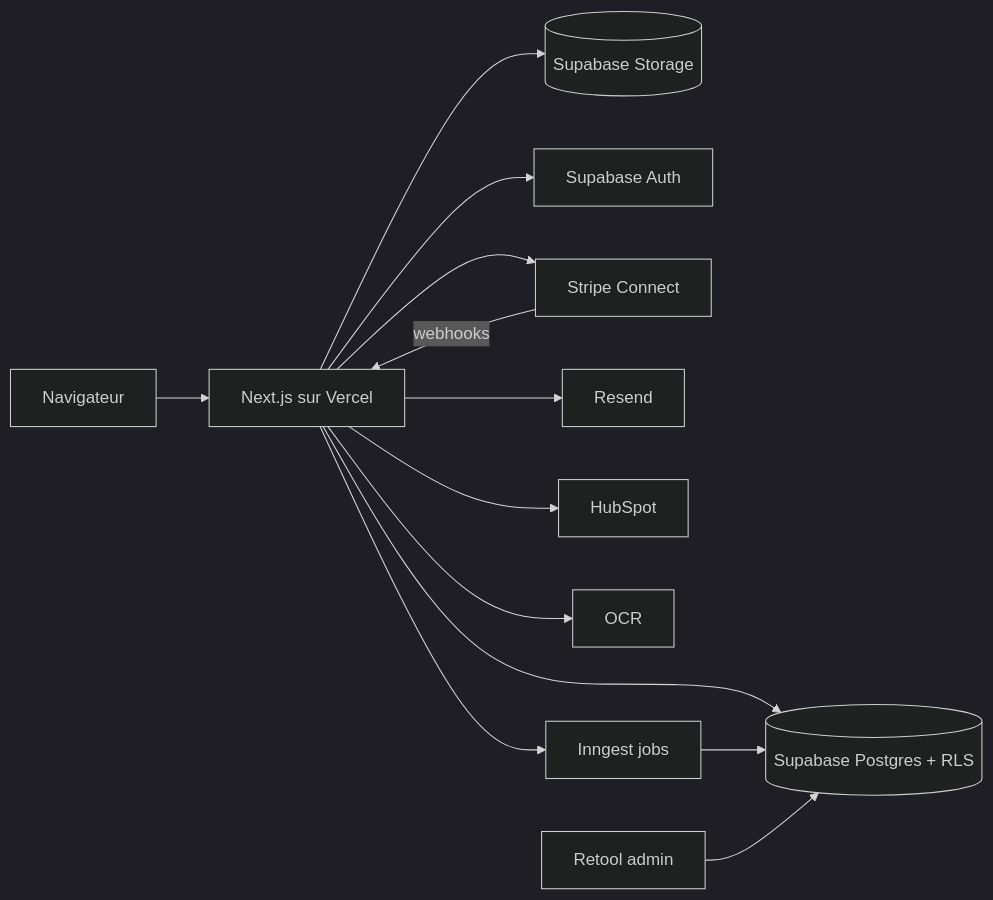
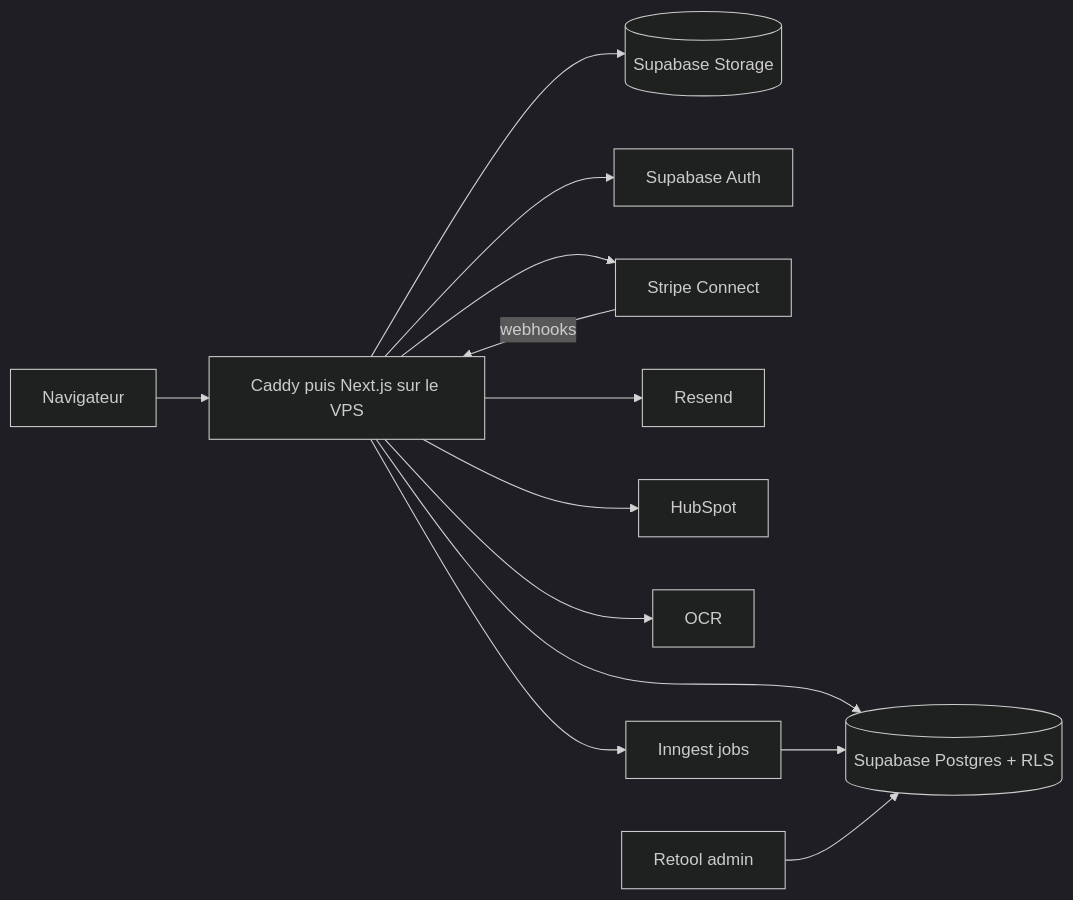
Before and after one commit to Sam-Support/Standby: the diagram in docs/03-ARCHITECTURE.md, drawn with Mermaid (dark theme). The commit also changed other lines of this file and 7 other files, not shown here.

First line of the commit message:
feat: deploiement sur VPS (Docker Compose + Caddy)

````diff
--- a/docs/03-ARCHITECTURE.md
+++ b/docs/03-ARCHITECTURE.md
@@ -27,15 +27,15 @@
 ```mermaid
 flowchart LR
-  U[Navigateur] --> V[Next.js sur Vercel]
+  U[Navigateur] --> V[Caddy puis Next.js sur le VPS]
   V --> DB[(Supabase Postgres + RLS)]
   V --> ST[(Supabase Storage)]
   V --> AU[Supabase Auth]
   V --> STR[Stripe Connect]
   STR -- webhooks --> V
   V --> RS[Resend]
   V --> HS[HubSpot]
   V --> OC[OCR]
   V --> JB[Inngest jobs]
   JB --> DB
   RT[Retool admin] --> DB
 ```
````
